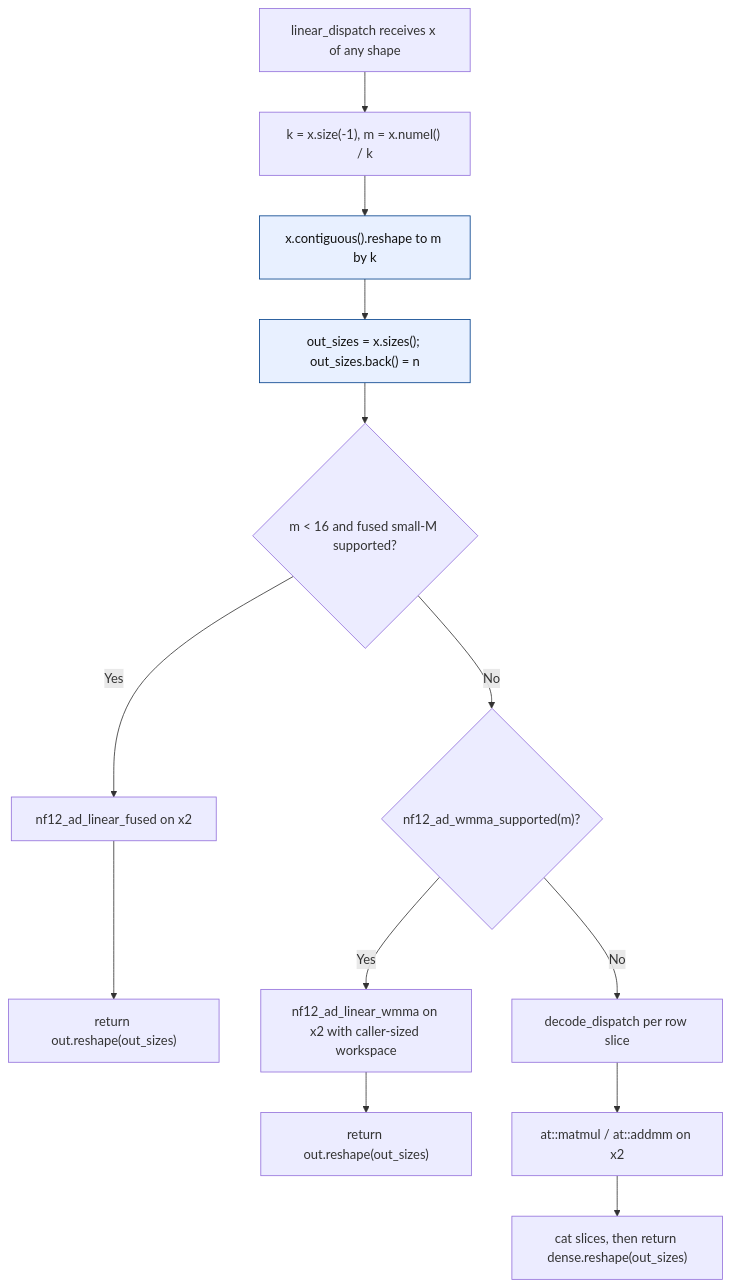
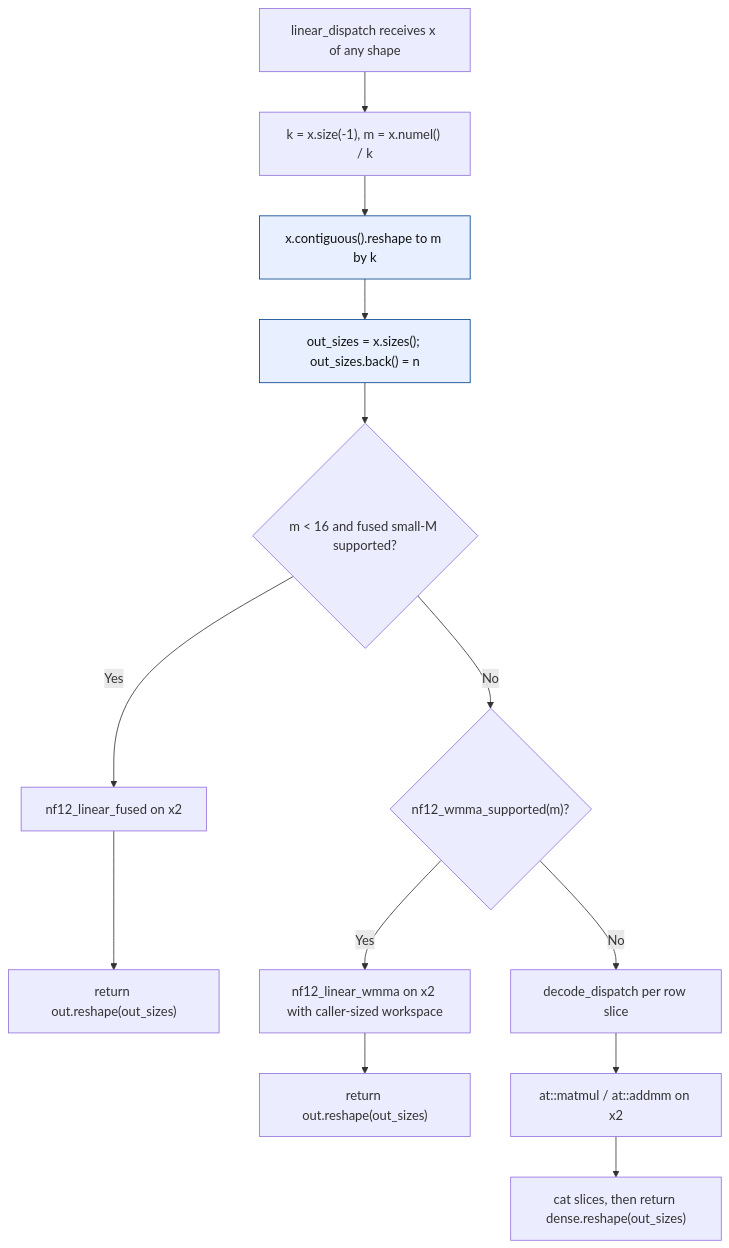
One commit to ModelCloud/GPTQModel changed the second of 9 diagrams in docs/nf12-hip-device-workspace.md. Above: the diagram before and after it, drawn with Mermaid. The commit also changed other lines of this file and 115 other files, not shown here.

````diff
--- a/docs/nf12-hip-device-workspace.md
+++ b/docs/nf12-hip-device-workspace.md
@@ -57,17 +57,17 @@
 ```mermaid
 flowchart TD
     A["linear_dispatch receives x of any shape"] --> B["k = x.size(-1), m = x.numel() / k"]
     B --> C["x.contiguous().reshape to m by k"]
     C --> D["out_sizes = x.sizes(); out_sizes.back() = n"]
     D --> E{"m < 16 and fused small-M supported?"}
-    E -- Yes --> F["nf12_ad_linear_fused on x2"]
+    E -- Yes --> F["nf12_linear_fused on x2"]
     F --> F1["return out.reshape(out_sizes)"]
-    E -- No --> G{"nf12_ad_wmma_supported(m)?"}
-    G -- Yes --> H["nf12_ad_linear_wmma on x2 with caller-sized workspace"]
+    E -- No --> G{"nf12_wmma_supported(m)?"}
+    G -- Yes --> H["nf12_linear_wmma on x2 with caller-sized workspace"]
     H --> H1["return out.reshape(out_sizes)"]
     G -- No --> I["decode_dispatch per row slice"]
     I --> J["at::matmul / at::addmm on x2"]
     J --> K["cat slices, then return dense.reshape(out_sizes)"]
     classDef entry fill:#e8f0ff,stroke:#003f8a,color:#111;
     class C,D entry;
 ```
````
